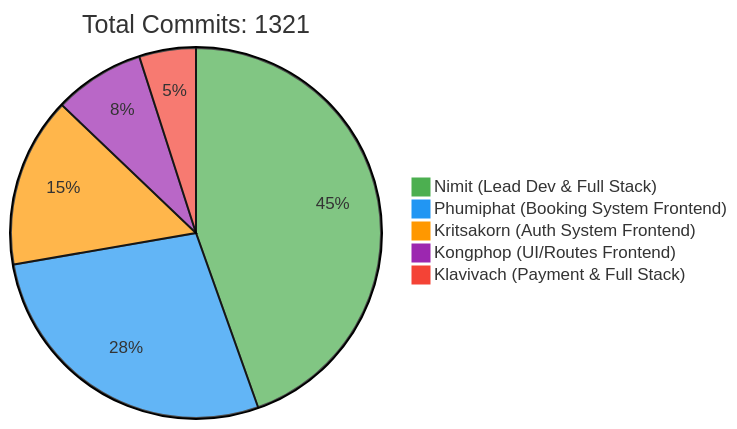
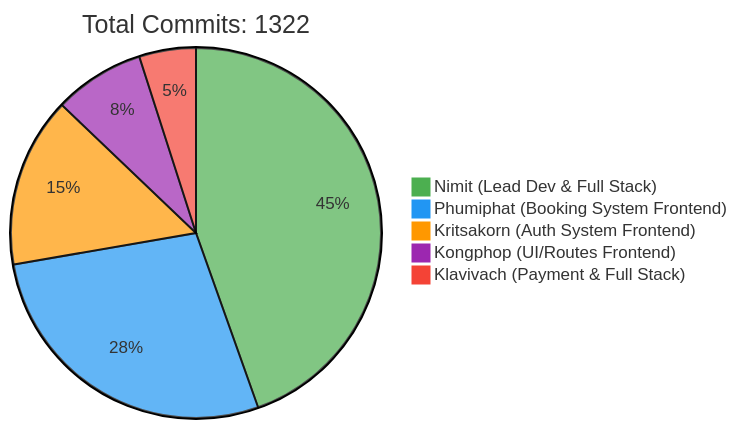
The first of 2 diagrams in README.md (6531503042/Sport-Complex), drawn with Mermaid before and after one commit. The commit also changed other lines of this file, not shown here.

Commit message:
docs: Update contributor statistics [skip ci]

````diff
--- a/README.md
+++ b/README.md
@@ -257,10 +257,10 @@
 ```mermaid
 %%{init: {'theme': 'base', 'themeVariables': { 'pie1': '#4CAF50', 'pie2': '#2196F3', 'pie3': '#FF9800', 'pie4': '#9C27B0', 'pie5': '#F44336'}}}%%
 pie
-    title Total Commits: 1321
+    title Total Commits: 1322
     "Nimit (Lead Dev & Full Stack)" : 450
     "Phumiphat (Booking System Frontend)" : 280
     "Kritsakorn (Auth System Frontend)" : 150
     "Kongphop (UI/Routes Frontend)" : 80
     "Klavivach (Payment & Full Stack)" : 50
 ```
````
